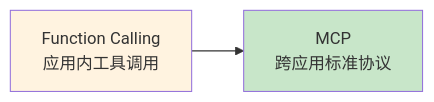
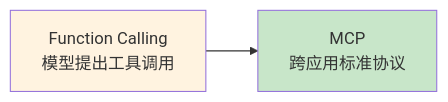
Before and after one commit to GuoWWWX/knowledge-base: the third of 3 diagrams in 10-AI应用开发/05-Agent-MCP-Skills/09-MCP协议详解.md, drawn with Mermaid. The commit also changed other lines of this file and 251 other files, not shown here.

````diff
--- a/10-AI应用开发/05-Agent-MCP-Skills/09-MCP协议详解.md
+++ b/10-AI应用开发/05-Agent-MCP-Skills/09-MCP协议详解.md
@@ -444,7 +449,7 @@
 ```mermaid
 flowchart LR
-    A[Function Calling<br/>应用内工具调用] --> B[MCP<br/>跨应用标准协议]
+    A[Function Calling<br/>模型提出工具调用] --> B[MCP<br/>跨应用标准协议]
 
     style A fill:#fff3e0
     style B fill:#c8e6c9
 ```
````
